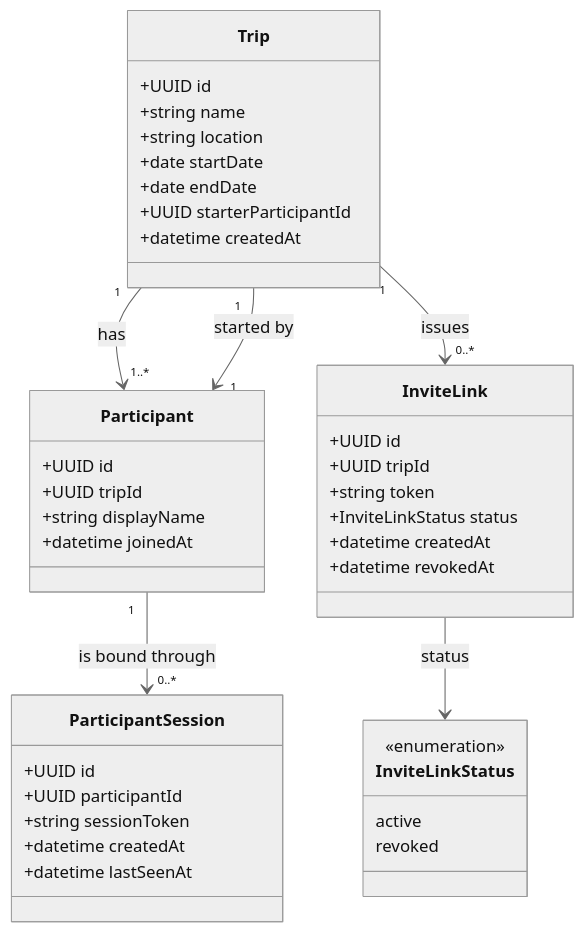
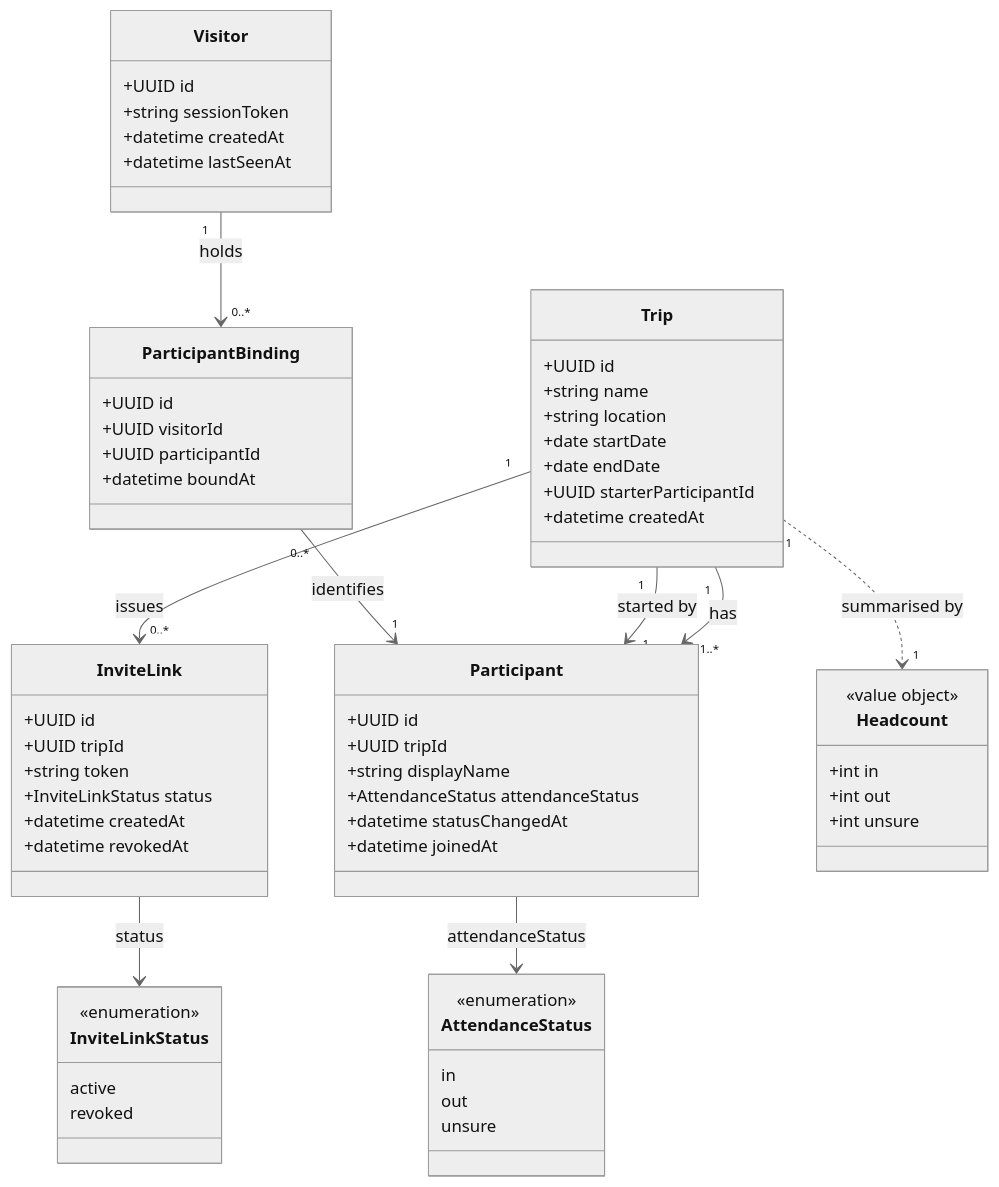
The diagram in docs/domainmodel.md (KrisDeCree-VRB/my-project), drawn with Mermaid (neutral theme) before and after one commit. The commit also changed other lines of this file and 2 other files, not shown here.

````diff
--- a/docs/domainmodel.md
+++ b/docs/domainmodel.md
@@ -12,44 +12,66 @@
 ```mermaid
 classDiagram
     class Trip {
         +UUID id
         +string name
         +string location
         +date startDate
         +date endDate
         +UUID starterParticipantId
         +datetime createdAt
     }
     class Participant {
         +UUID id
         +UUID tripId
         +string displayName
+        +AttendanceStatus attendanceStatus
+        +datetime statusChangedAt
         +datetime joinedAt
     }
     class InviteLink {
         +UUID id
         +UUID tripId
         +string token
         +InviteLinkStatus status
         +datetime createdAt
         +datetime revokedAt
     }
-    class ParticipantSession {
+    class Visitor {
         +UUID id
-        +UUID participantId
         +string sessionToken
         +datetime createdAt
         +datetime lastSeenAt
+    }
+    class ParticipantBinding {
+        +UUID id
+        +UUID visitorId
+        +UUID participantId
+        +datetime boundAt
+    }
+    class Headcount {
+        <<value object>>
+        +int in
+        +int out
+        +int unsure
     }
     class InviteLinkStatus {
         <<enumeration>>
         active
         revoked
     }
+    class AttendanceStatus {
+        <<enumeration>>
+        in
+        out
+        unsure
+    }
 
     Trip "1" --> "1..*" Participant : has
     Trip "1" --> "0..*" InviteLink : issues
     Trip "1" --> "1" Participant : started by
-    Participant "1" --> "0..*" ParticipantSession : is bound through
+    Trip "1" ..> "1" Headcount : summarised by
+    Visitor "1" --> "0..*" ParticipantBinding : holds
+    ParticipantBinding "0..*" --> "1" Participant : identifies
     InviteLink --> InviteLinkStatus : status
+    Participant --> AttendanceStatus : attendanceStatus
 ```
````
